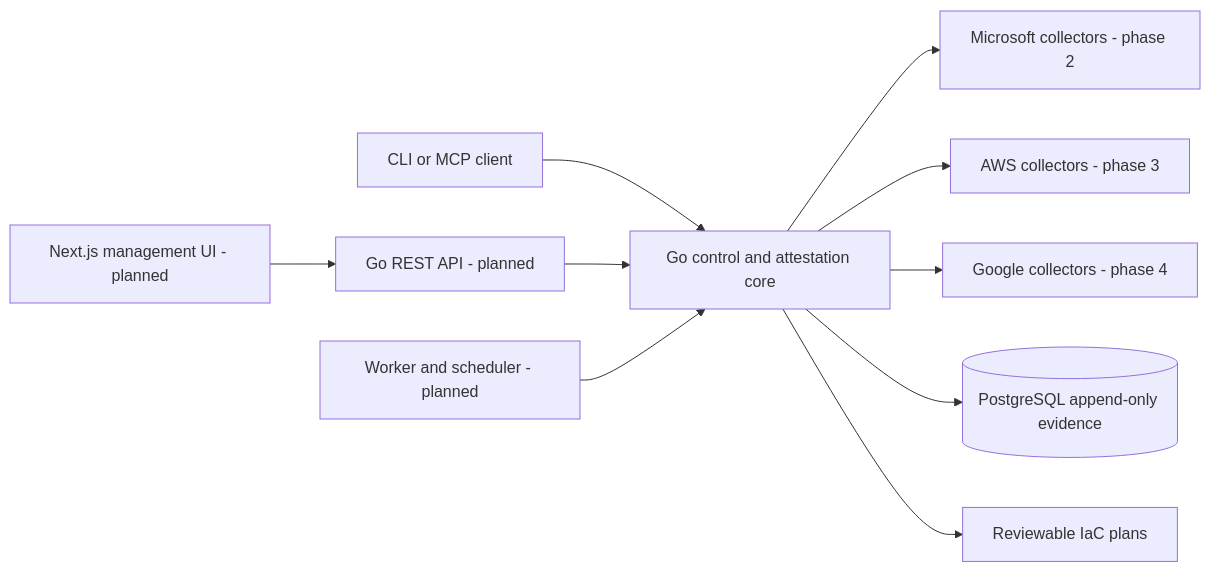
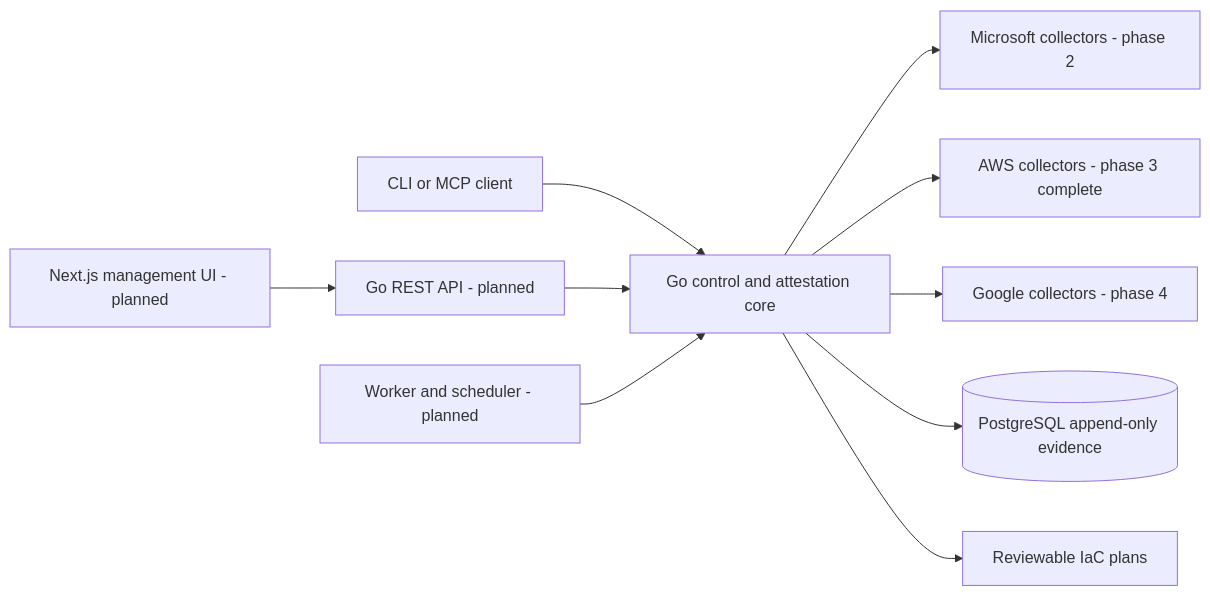
One commit to jusso-dev/TriSoc changed the diagram in README.md. Above: the diagram before and after it, drawn with Mermaid. The commit also changed other lines of this file and 29 other files, not shown here.

````diff
--- a/README.md
+++ b/README.md
@@ -37,12 +41,12 @@
 ```mermaid
 flowchart LR
   Agent[CLI or MCP client] --> Core[Go control and attestation core]
   Web[Next.js management UI - planned] --> API[Go REST API - planned]
   API --> Core
   Scheduler[Worker and scheduler - planned] --> Core
   Core --> AZ[Microsoft collectors - phase 2]
-  Core --> AWS[AWS collectors - phase 3]
+  Core --> AWS[AWS collectors - phase 3 complete]
   Core --> GCP[Google collectors - phase 4]
   Core --> DB[(PostgreSQL append-only evidence)]
   Core --> Plans[Reviewable IaC plans]
 ```
````
